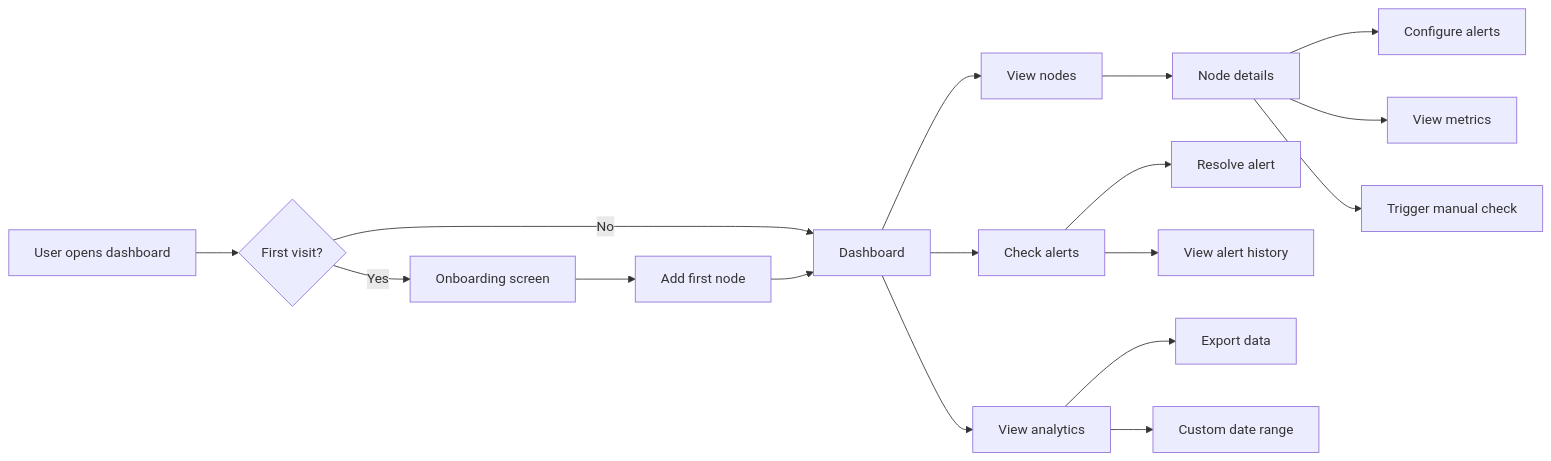
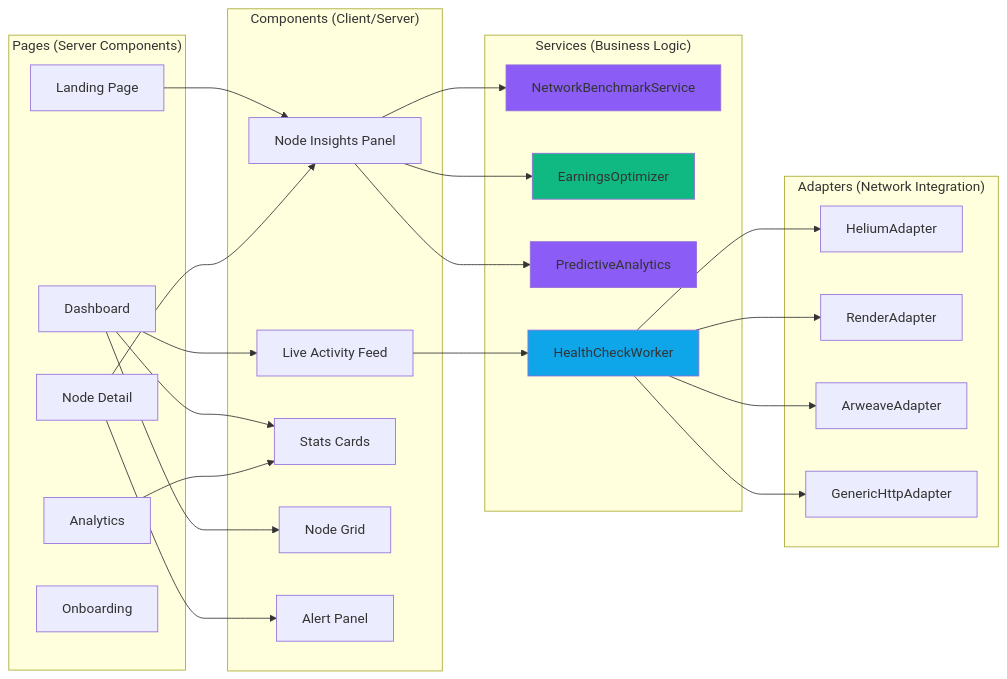
The third of 6 diagrams in README.md (TheSoftNode/NodePulse), drawn with Mermaid before and after one commit. The commit also changed other lines of this file and 56 other files, not shown here.

````diff
--- a/README.md
+++ b/README.md
@@ -345,24 +206,55 @@
 ```mermaid
 graph LR
-    A[User opens dashboard] --> B{First visit?}
-    B -->|Yes| C[Onboarding screen]
-    B -->|No| D[Dashboard]
+    subgraph "Pages (Server Components)"
+        A[Landing Page]
+        B[Dashboard]
+        C[Node Detail]
+        D[Analytics]
+        E[Onboarding]
+    end
 
-    C --> E[Add first node]
-    E --> D
+    subgraph "Components (Client/Server)"
+        F[Node Insights Panel]
+        G[Live Activity Feed]
+        H[Stats Cards]
+        I[Node Grid]
+        J[Alert Panel]
+    end
 
-    D --> F[View nodes]
-    D --> G[Check alerts]
-    D --> H[View analytics]
+    subgraph "Services (Business Logic)"
+        K[NetworkBenchmarkService]
+        L[EarningsOptimizer]
+        M[PredictiveAnalytics]
+        N[HealthCheckWorker]
+    end
 
-    F --> I[Node details]
-    I --> J[Configure alerts]
-    I --> K[View metrics]
-    I --> L[Trigger manual check]
+    subgraph "Adapters (Network Integration)"
+        O[HeliumAdapter]
+        P[RenderAdapter]
+        Q[ArweaveAdapter]
+        R[GenericHttpAdapter]
+    end
 
-    G --> M[Resolve alert]
-    G --> N[View alert history]
+    A --> F
+    B --> G
+    B --> H
+    B --> I
+    C --> F
+    C --> J
+    D --> H
 
-    H --> O[Export data]
-    H --> P[Custom date range]
+    F --> K
+    F --> L
+    F --> M
+    G --> N
+
+    N --> O
+    N --> P
+    N --> Q
+    N --> R
+
+    style K fill:#8b5cf6
+    style L fill:#10b981
+    style M fill:#8b5cf6
+    style N fill:#0ea5e9
 ```
````
